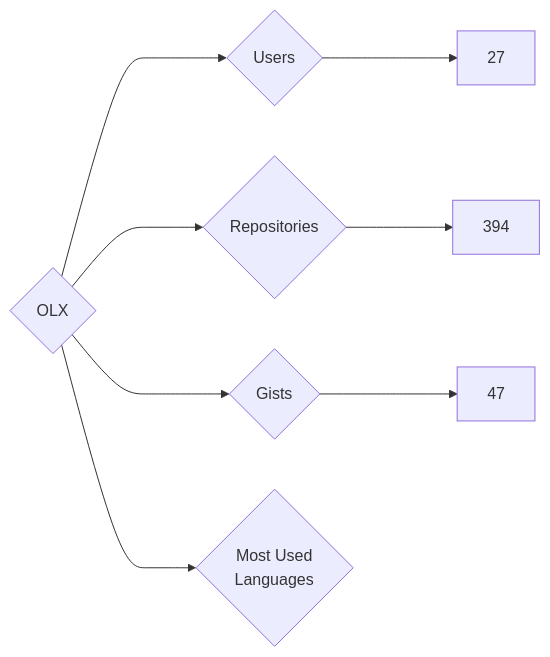
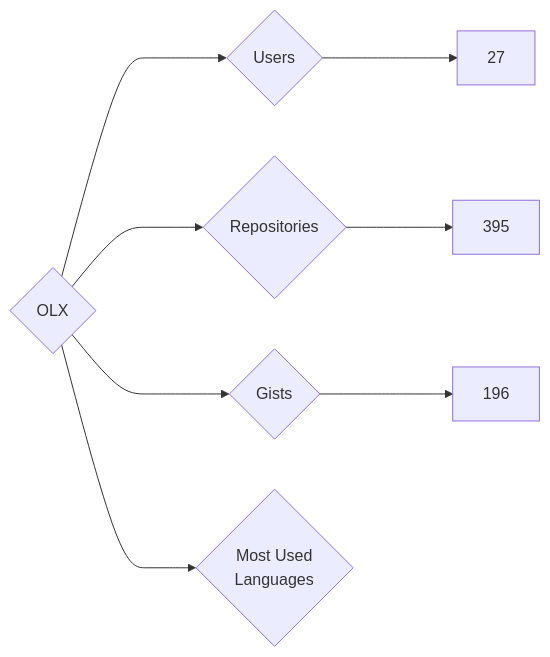
One commit to nenadzaric/insiders changed the diagram in targets/OLX/README.md. Above: the diagram before and after it, drawn with Mermaid. The commit also changed 1342 other files, not shown here.

````diff
--- a/targets/OLX/README.md
+++ b/targets/OLX/README.md
@@ -3,8 +3,8 @@
 ```mermaid
 graph LR
 COMPANY_NAME{OLX}
 COMPANY_NAME ---> U{Users} ---> UN[27]
-COMPANY_NAME ---> R{Repositories} ---> RN[394]
-COMPANY_NAME ---> G{Gists} ---> GN[47]
+COMPANY_NAME ---> R{Repositories} ---> RN[395]
+COMPANY_NAME ---> G{Gists} ---> GN[196]
 COMPANY_NAME ---> ML{Most Used<br>Languages}
 ```
````
